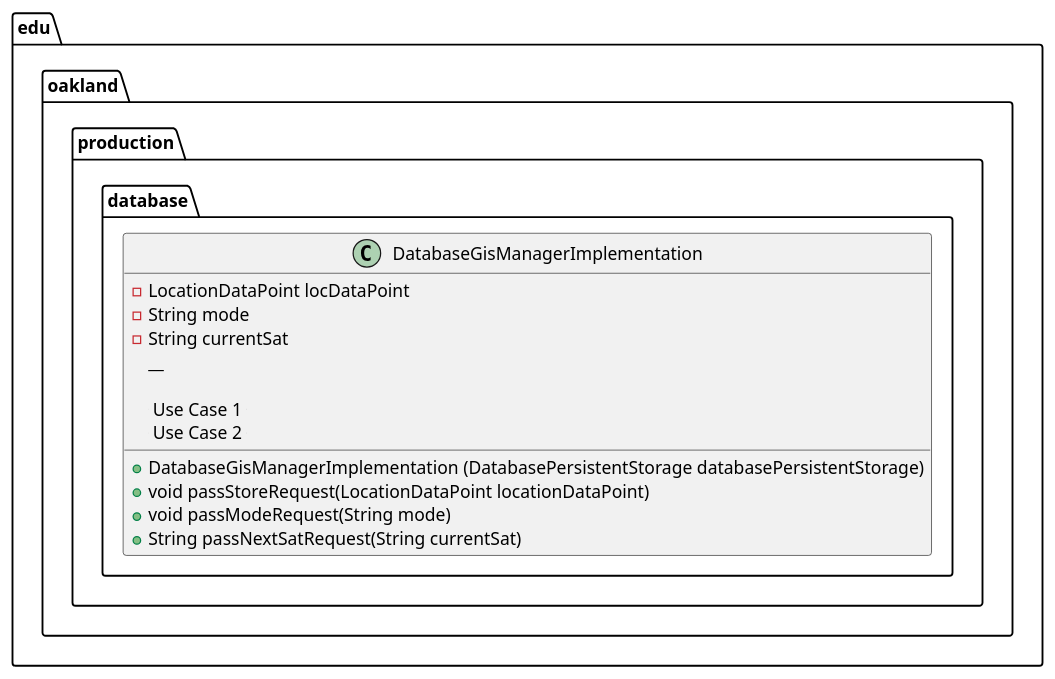
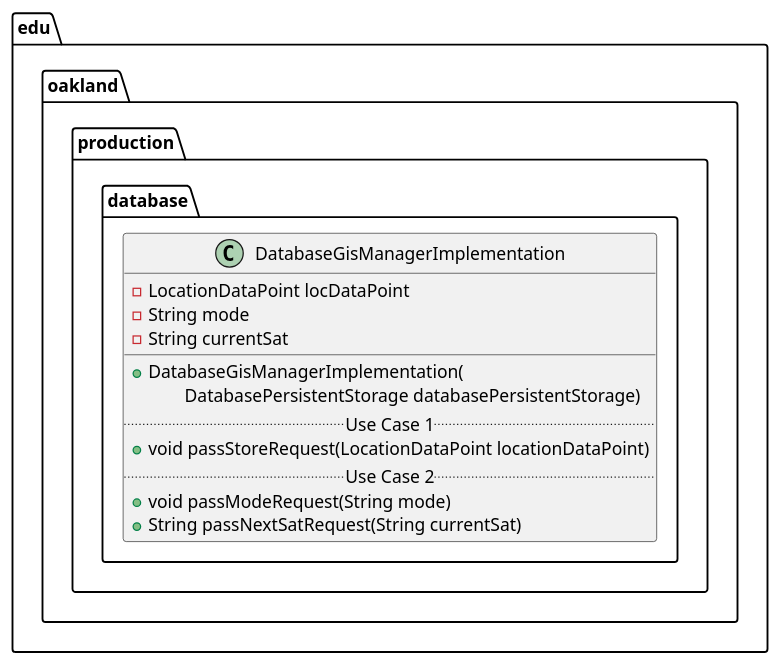
Before and after one commit to elilley15/csi-3370-software-project: the diagram in docs/uml-class-diagrams/database/production/DatabaseGisManagerImplementation/DatabaseGisManagerImplementation.puml, drawn with PlantUML. The commit also changed 1 other file, not shown here.

Commit message:
[Database Fixed UML Class Diagram Formatting
Also switched "Match" to "Get" as recommended and accepted for DatabaseGisInterface.

```diff
--- a/docs/uml-class-diagrams/database/production/DatabaseGisManagerImplementation/DatabaseGisManagerImplementation.puml
+++ b/docs/uml-class-diagrams/database/production/DatabaseGisManagerImplementation/DatabaseGisManagerImplementation.puml
@@ -1,19 +1,19 @@
 @startuml DatabaseGisManagerImplementation
 
 package edu.oakland.production.database {
     class DatabaseGisManagerImplementation {
-    	- LocationDataPoint locDataPoint
-    	- String mode
-    	- String currentSat
-          __
-        + DatabaseGisManagerImplementation (DatabasePersistentStorage databasePersistentStorage)
-        
+        - LocationDataPoint locDataPoint
+        - String mode
+        - String currentSat
+        __
+        + DatabaseGisManagerImplementation(
+        \tDatabasePersistentStorage databasePersistentStorage)
         .. Use Case 1 ..
         + void passStoreRequest(LocationDataPoint locationDataPoint)
         .. Use Case 2 ..
         + void passModeRequest(String mode)
         + String passNextSatRequest(String currentSat)
     }
 }
 
 @enduml
```
